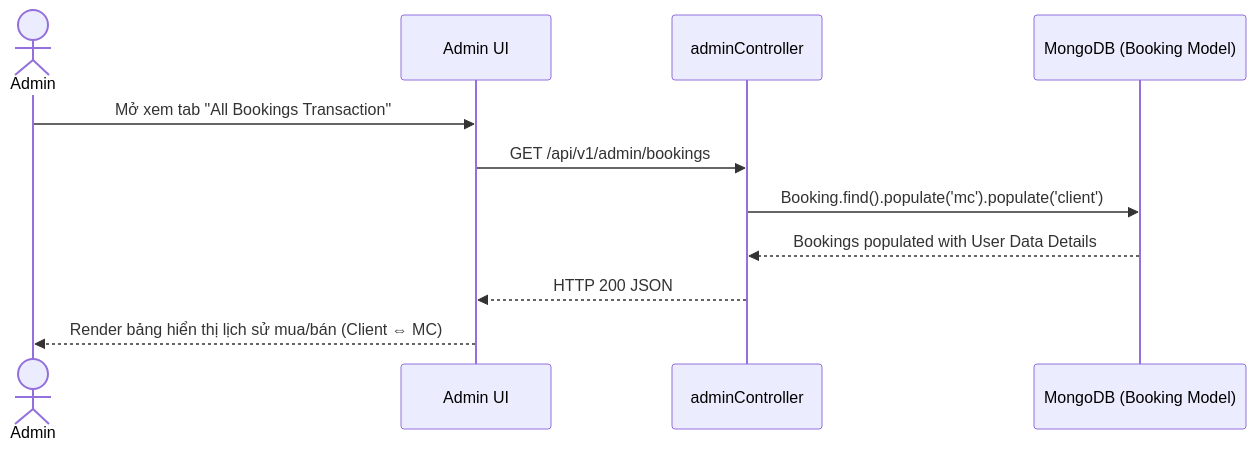
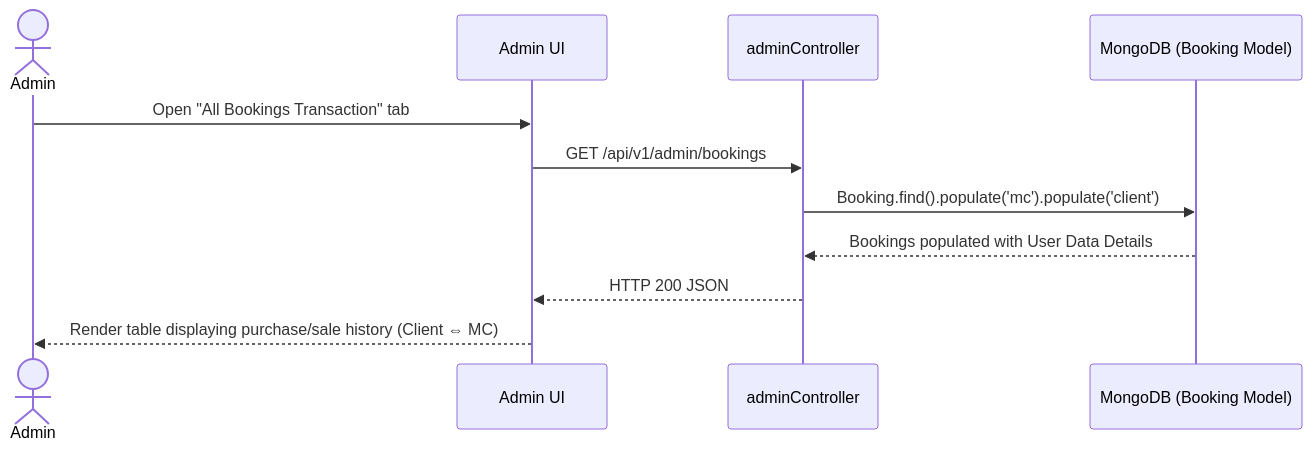
One commit to dat-21/SWD392 changed diagram 13 of 13 in UC_Backend_Design_Details.md. Above: the diagram before and after it, drawn with Mermaid. The commit also changed other lines of this file and 1 other file, not shown here.

````diff
--- a/UC_Backend_Design_Details.md
+++ b/UC_Backend_Design_Details.md
@@ -326,14 +326,14 @@
 ```mermaid
 sequenceDiagram
     actor Admin
     participant FE as Admin UI
     participant Ctrl as adminController
     participant DB as MongoDB (Booking Model)
 
-    Admin->>FE: Mở xem tab "All Bookings Transaction"
+    Admin->>FE: Open "All Bookings Transaction" tab
     FE->>Ctrl: GET /api/v1/admin/bookings
     Ctrl->>DB: Booking.find().populate('mc').populate('client')
     DB-->>Ctrl: Bookings populated with User Data Details
     Ctrl-->>FE: HTTP 200 JSON
-    FE-->>Admin: Render bảng hiển thị lịch sử mua/bán (Client ⇔ MC)
+    FE-->>Admin: Render table displaying purchase/sale history (Client ⇔ MC)
 ```
````
